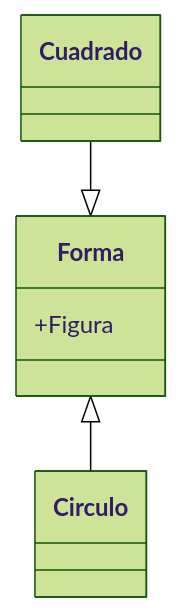
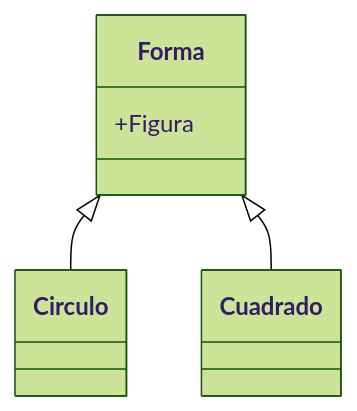
Before and after one commit to Angeles489/HerenciaCpp: the diagram in Herencia_Angeles_araiza/ejericicio_05_diagrama.md, drawn with Mermaid (forest theme).

````diff
--- a/Herencia_Angeles_araiza/ejericicio_05_diagrama.md
+++ b/Herencia_Angeles_araiza/ejericicio_05_diagrama.md
@@ -2,12 +2,12 @@
 ```mermaid
  classDiagram
   
     class Forma{
     +Figura}
 
 class Cuadrado
 class Circulo
 
-Cuadrado --|> Forma
 Forma <|-- Circulo
+Forma <|-- Cuadrado
 ```
````
